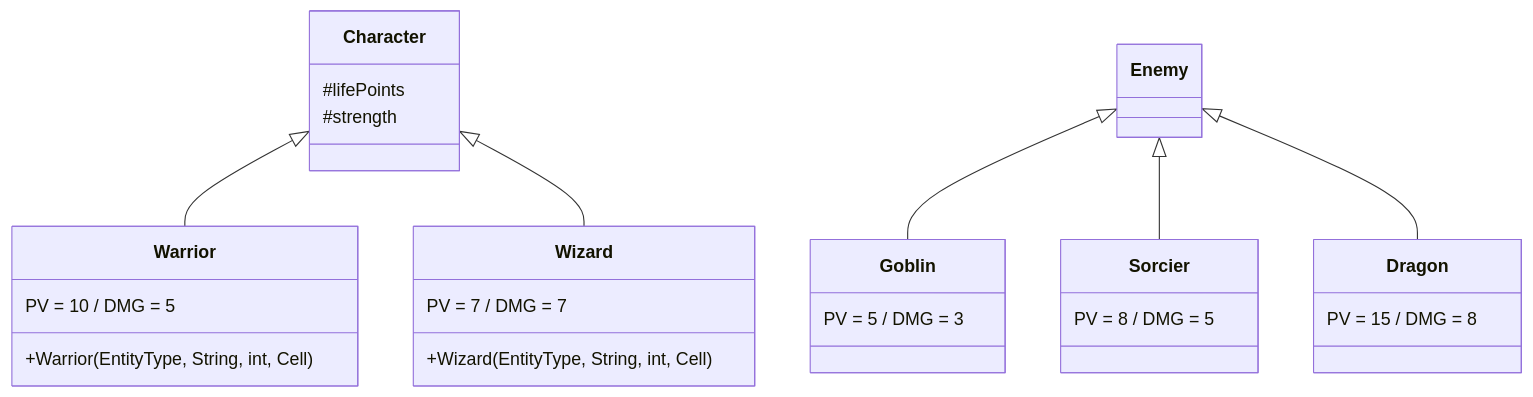
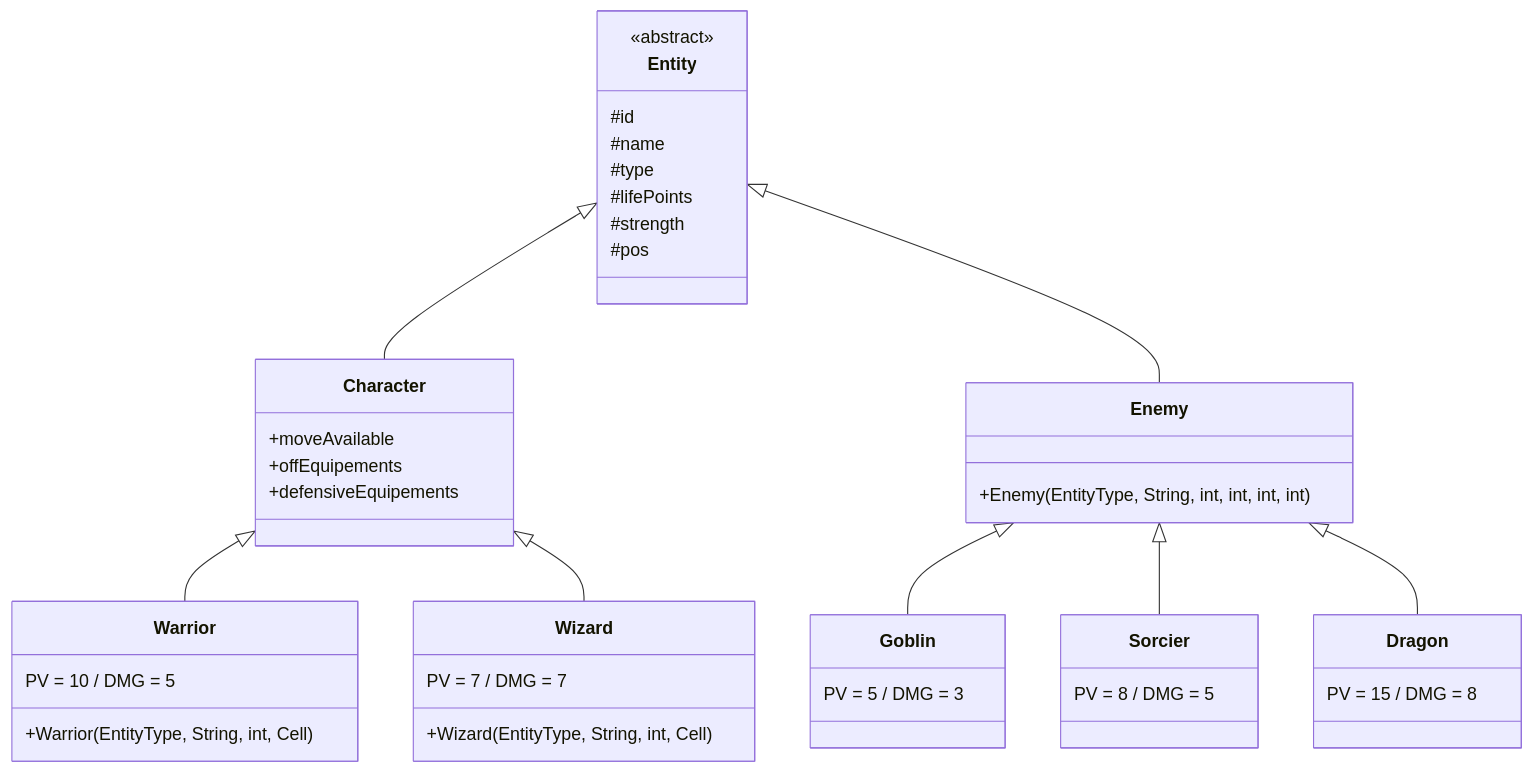
One commit to BSourichanh/POO_JAVA changed the third of 4 diagrams in README.md. Above: the diagram before and after it, drawn with Mermaid. The commit also changed other lines of this file and 30 other files, not shown here.

````diff
--- a/README.md
+++ b/README.md
@@ -411,33 +462,48 @@
 ```mermaid
 classDiagram
     direction TB
 
-    class Character {
+    class Entity {
+        <<abstract>>
+        #id
+        #name
+        #type
         #lifePoints
         #strength
+        #pos
+    }
+
+    class Character {
+        +moveAvailable
+        +offEquipements
+        +defensiveEquipements
     }
     class Warrior {
         +Warrior(EntityType, String, int, Cell)
         PV = 10 / DMG = 5
     }
     class Wizard {
         +Wizard(EntityType, String, int, Cell)
         PV = 7 / DMG = 7
     }
+    Entity <|-- Character
     Character <|-- Warrior
     Character <|-- Wizard
 
-    class Enemy
+    class Enemy {
+        +Enemy(EntityType, String, int, int, int, int)
+    }
     class Goblin {
         PV = 5 / DMG = 3
     }
     class Sorcier {
         PV = 8 / DMG = 5
     }
     class Dragon {
         PV = 15 / DMG = 8
     }
+    Entity <|-- Enemy
     Enemy <|-- Goblin
     Enemy <|-- Sorcier
     Enemy <|-- Dragon
 ```
````
